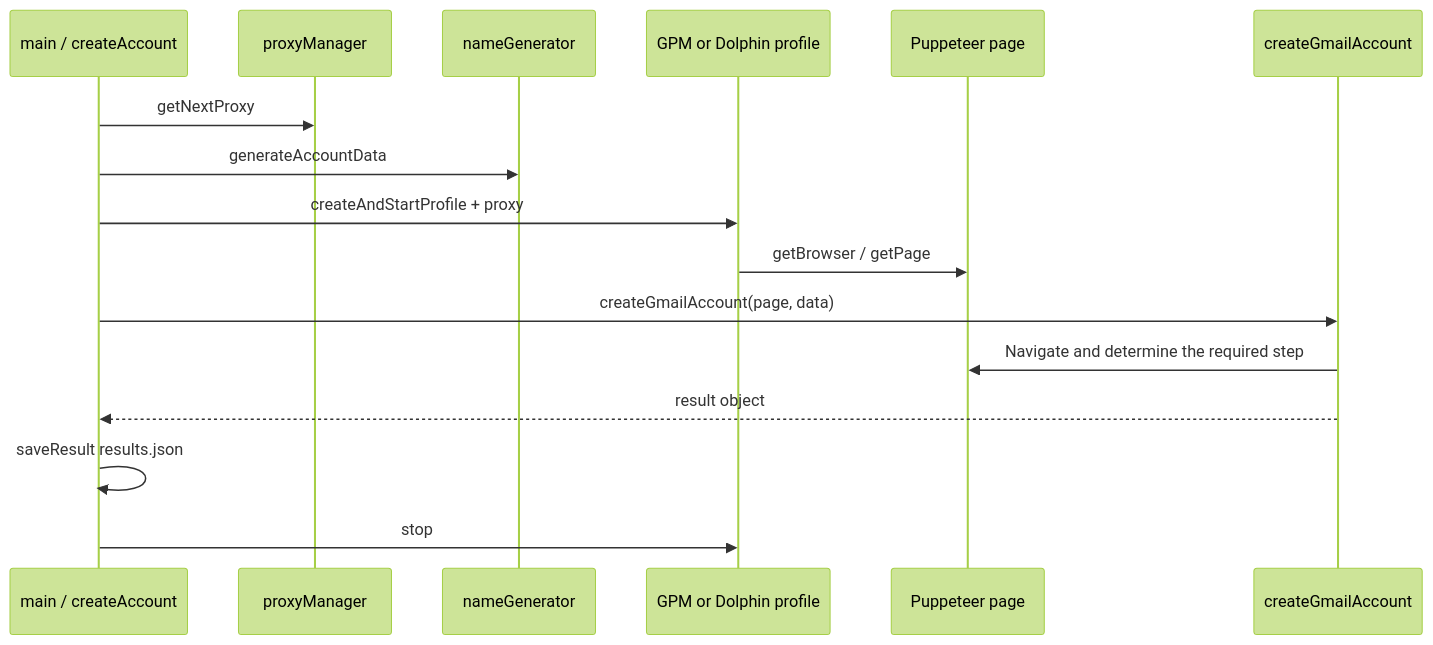
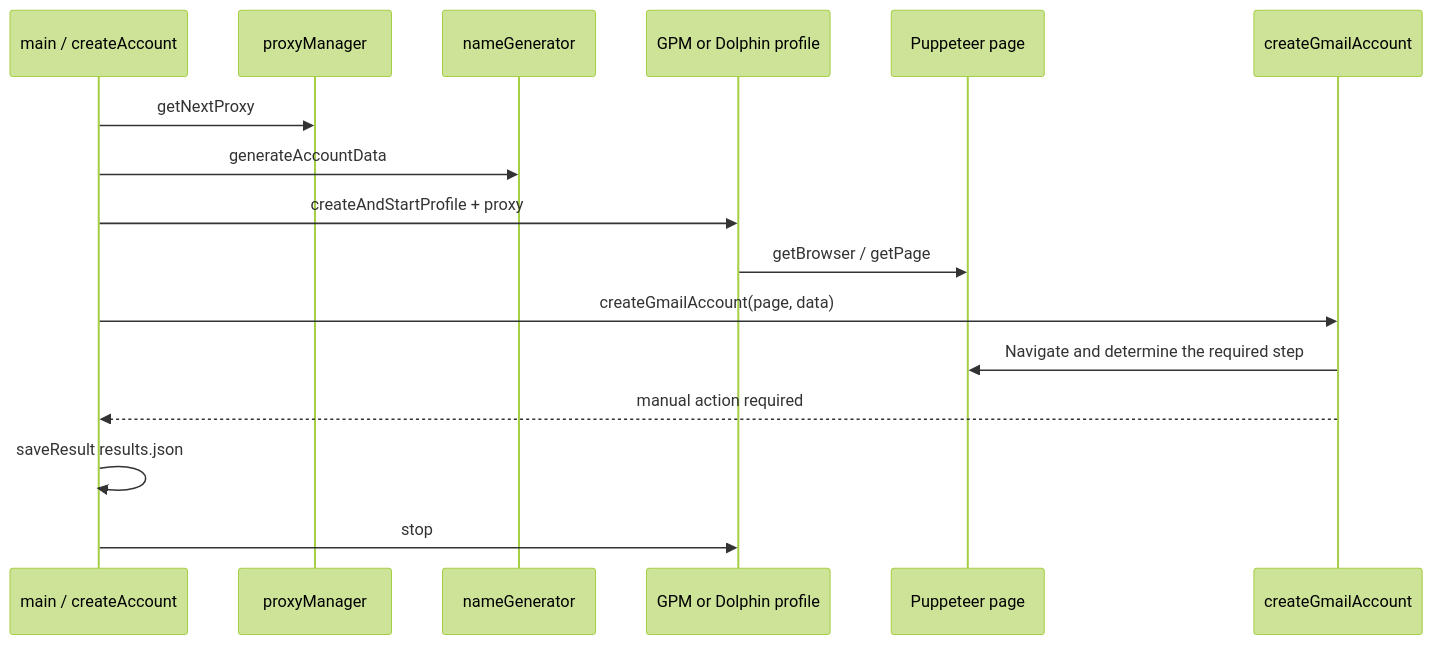
The second of 3 diagrams in README.md (lihah111222333-cloud/camoufox-profile-suite), drawn with Mermaid (forest theme) before and after one commit. The commit also changed other lines of this file and 87 other files, not shown here.

````diff
--- a/README.md
+++ b/README.md
@@ -164,19 +159,19 @@
 ```mermaid
 sequenceDiagram
   participant M as main / createAccount
   participant P as proxyManager
   participant N as nameGenerator
   participant Pr as GPM or Dolphin profile
   participant PP as Puppeteer page
   participant G as createGmailAccount
 
   M->>P: getNextProxy
   M->>N: generateAccountData
   M->>Pr: createAndStartProfile + proxy
   Pr->>PP: getBrowser / getPage
   M->>G: createGmailAccount(page, data)
   G->>PP: Navigate and determine the required step
-  G-->>M: result object
+  G-->>M: manual action required
   M->>M: saveResult results.json
   M->>Pr: stop
 ```
````
